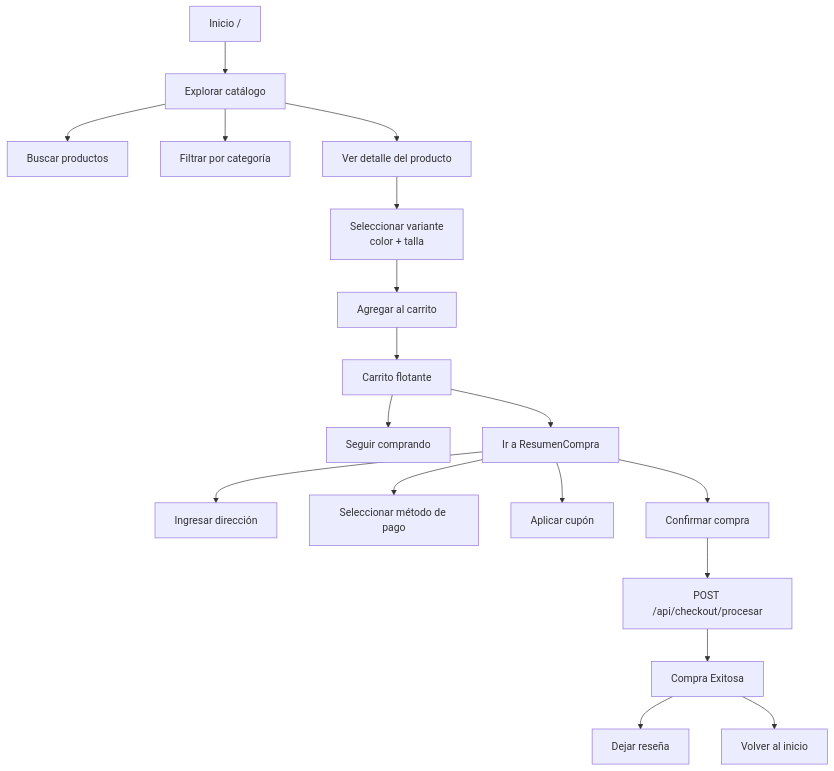
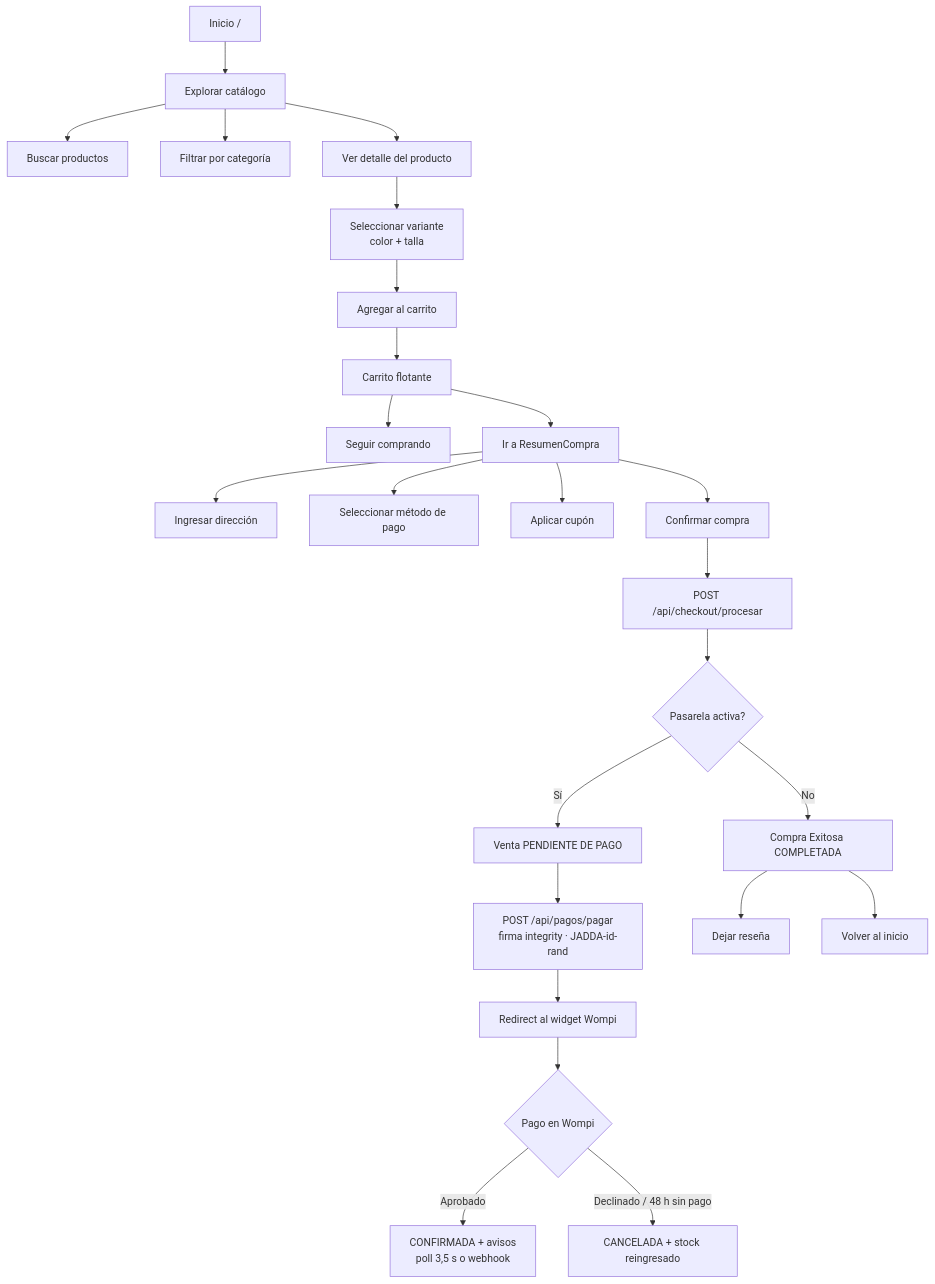
The second of 4 diagrams in docs/diagrams/flujos.md (yeisonfernandez2022-crypto/Jadda_Sports_React), drawn with Mermaid before and after one commit. The commit also changed 39 other files, not shown here.

Commit message:
docs: alinear documentacion a pasarela Wompi sandbox (36 tablas, 68 tests, flujos y manuales) + reorganizar raiz docs/ en carpetas tematicas + informe de estado-documentacion

````diff
--- a/docs/diagrams/flujos.md
+++ b/docs/diagrams/flujos.md
@@ -28,20 +28,27 @@
 ```mermaid
 flowchart TD
     A[Inicio /] --> B[Explorar catálogo]
     B --> C[Buscar productos]
     B --> D[Filtrar por categoría]
     B --> E[Ver detalle del producto]
     E --> F[Seleccionar variante<br/>color + talla]
     F --> G[Agregar al carrito]
     G --> H[Carrito flotante]
     H --> I[Seguir comprando]
     H --> J[Ir a ResumenCompra]
     J --> K[Ingresar dirección]
     J --> L[Seleccionar método de pago]
     J --> M[Aplicar cupón]
     J --> N[Confirmar compra]
     N --> O[POST /api/checkout/procesar]
-    O --> P[Compra Exitosa]
+    O --> G1{Pasarela activa?}
+    G1 -->|No| P[Compra Exitosa COMPLETADA]
+    G1 -->|Sí| G2[Venta PENDIENTE DE PAGO]
+    G2 --> G3[POST /api/pagos/pagar<br/>firma integrity · JADDA-id-rand]
+    G3 --> G4[Redirect al widget Wompi]
+    G4 --> G5{Pago en Wompi}
+    G5 -->|Aprobado| G6[CONFIRMADA + avisos<br/>poll 3,5 s o webhook]
+    G5 -->|Declinado / 48 h sin pago| G7[CANCELADA + stock reingresado]
     P --> Q[Dejar reseña]
     P --> R[Volver al inicio]
 ```
````
